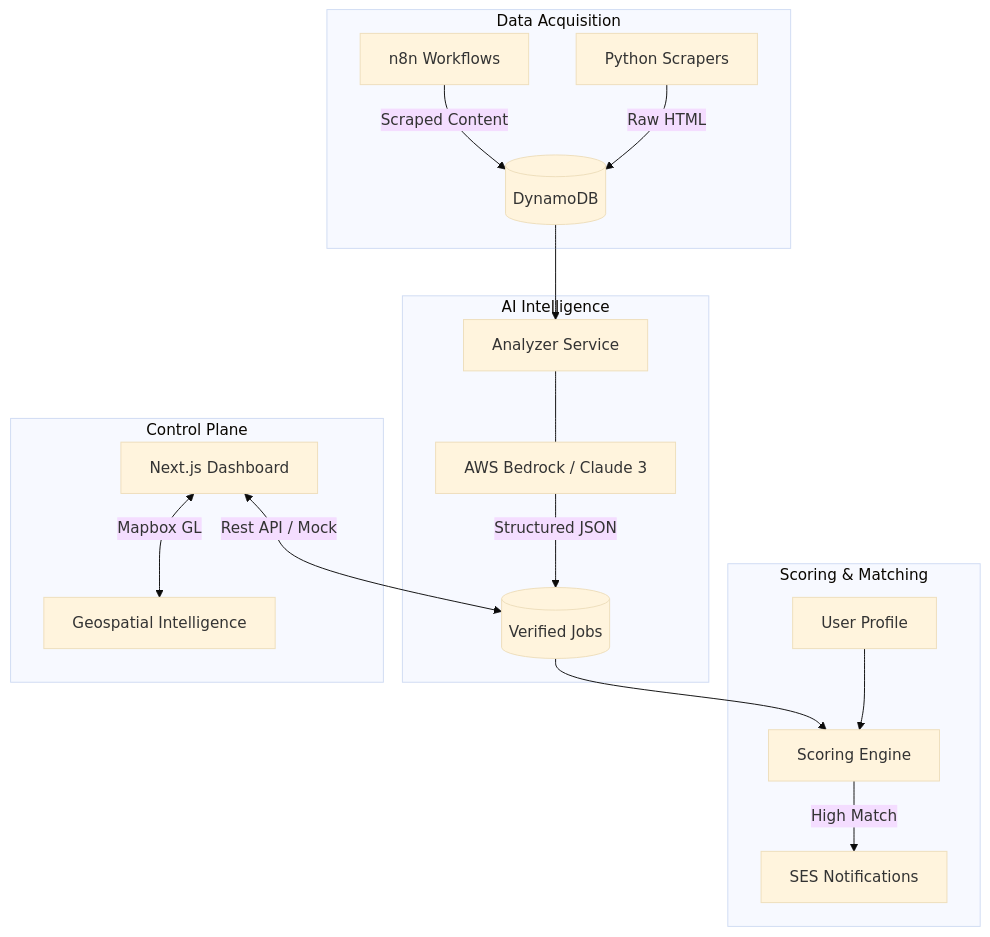
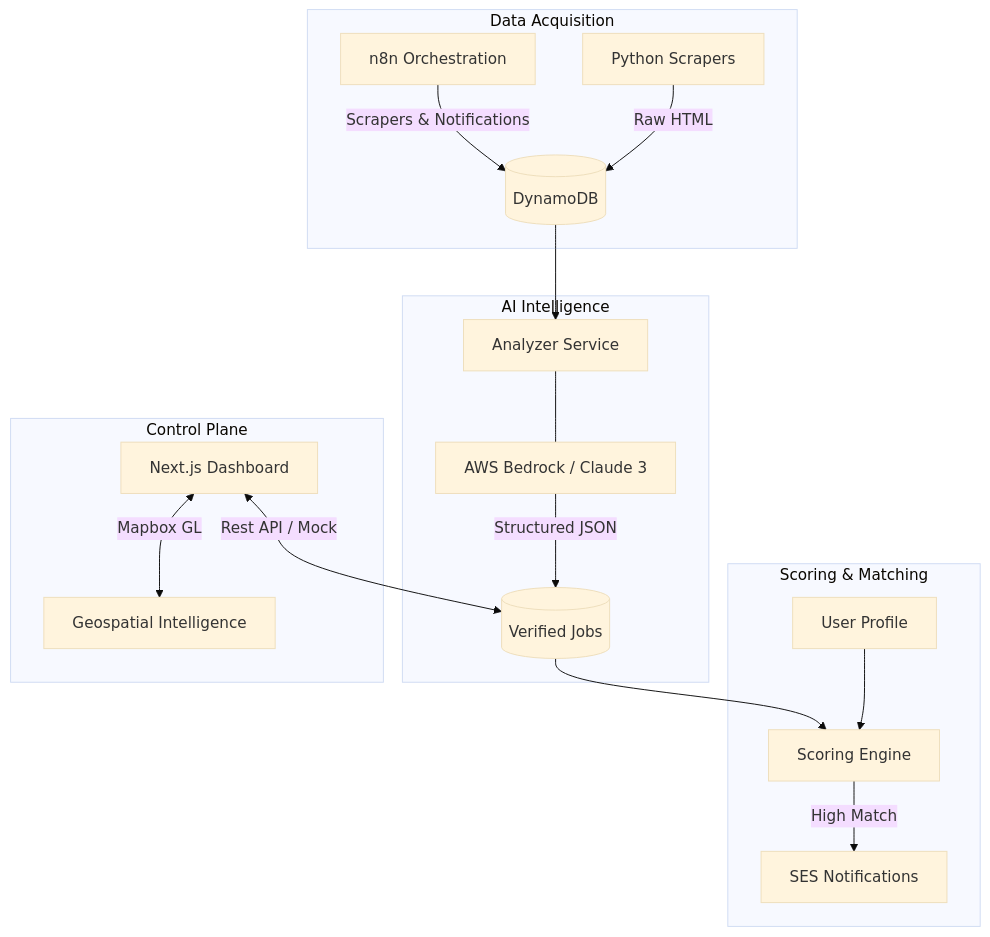
One commit to AmoreGiTs/JobSearch changed the diagram in README.md. Above: the diagram before and after it, drawn with Mermaid (base theme). The commit also changed 2 other files, not shown here.

Commit message:
Complete workflows: Add Match Notification n8n workflow and update integration documentation

````diff
--- a/README.md
+++ b/README.md
@@ -9,24 +9,24 @@
 ```mermaid
 graph TD
     subgraph "Data Acquisition"
-        A1[n8n Workflows] -->|Scraped Content| B[(DynamoDB)]
+        A1[n8n Orchestration] -->|Scrapers & Notifications| B[(DynamoDB)]
         A2[Python Scrapers] -->|Raw HTML| B
     end
 
     subgraph "AI Intelligence"
         B --> C[Analyzer Service]
         C --- C1[AWS Bedrock / Claude 3]
         C1 -->|Structured JSON| D[(Verified Jobs)]
     end
 
     subgraph "Scoring & Matching"
         D --> E[Scoring Engine]
         U[User Profile] --> E
         E -->|High Match| F[SES Notifications]
     end
 
     subgraph "Control Plane"
         CP[Next.js Dashboard] <-->|Rest API / Mock| D
         CP <-->|Mapbox GL| G[Geospatial Intelligence]
     end
 ```
````
